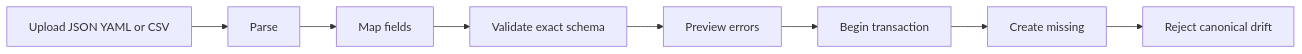
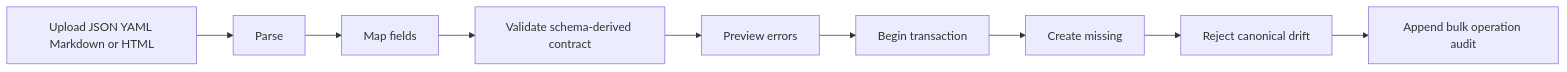
One commit to bkalaf/echoes-of-eidolon changed the diagram in docs/architecture/mermaid/process/p35-atomic-typed-entity-import.mmd. Above: the diagram before and after it, drawn with Mermaid. The commit also changed 33 other files, not shown here.

```diff
--- a/docs/architecture/mermaid/process/p35-atomic-typed-entity-import.mmd
+++ b/docs/architecture/mermaid/process/p35-atomic-typed-entity-import.mmd
@@ -1,17 +1,19 @@
 %% Atomic typed entity import
 flowchart LR
-  UploadJSONYAMLorCS0["Upload JSON YAML or CSV"]
+  UploadJSONYAMLMark0["Upload JSON YAML Markdown or HTML"]
   Parse1["Parse"]
   Mapfields2["Map fields"]
-  Validateexactschem3["Validate exact schema"]
+  Validateschemader3["Validate schema-derived contract"]
   Previewerrors4["Preview errors"]
   Begintransaction5["Begin transaction"]
   Createmissing6["Create missing"]
   Rejectcanonicaldri7["Reject canonical drift"]
-  UploadJSONYAMLorCS0 --> Parse1
+  Appendbulkoperati8["Append bulk operation audit"]
+  UploadJSONYAMLMark0 --> Parse1
   Parse1 --> Mapfields2
-  Mapfields2 --> Validateexactschem3
-  Validateexactschem3 --> Previewerrors4
+  Mapfields2 --> Validateschemader3
+  Validateschemader3 --> Previewerrors4
   Previewerrors4 --> Begintransaction5
   Begintransaction5 --> Createmissing6
   Createmissing6 --> Rejectcanonicaldri7
+  Rejectcanonicaldri7 --> Appendbulkoperati8
```
